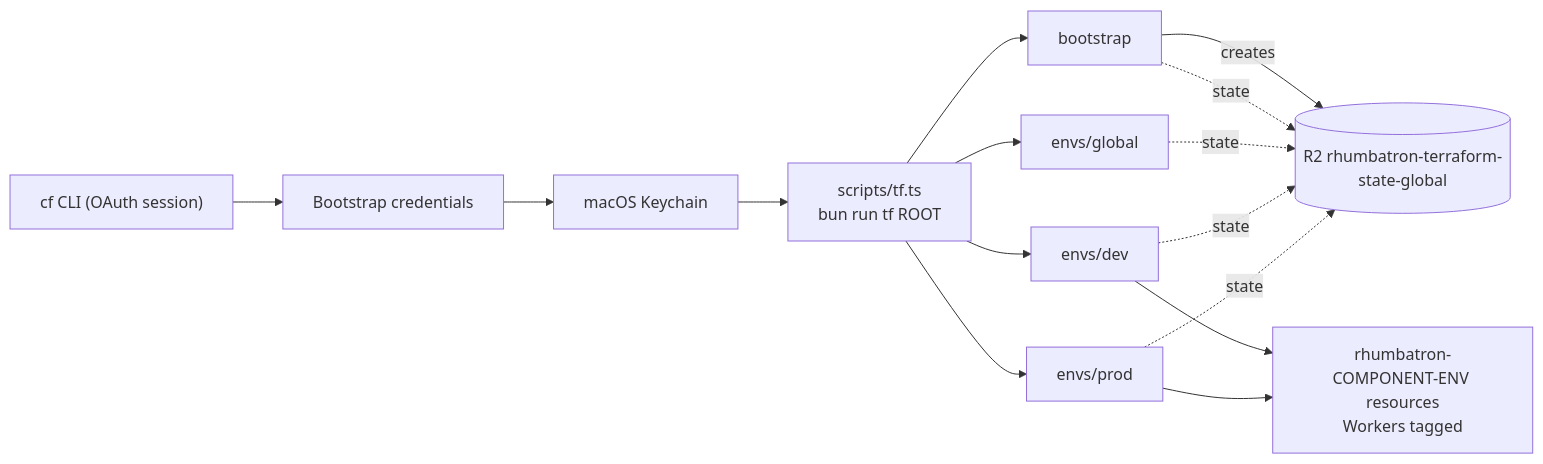
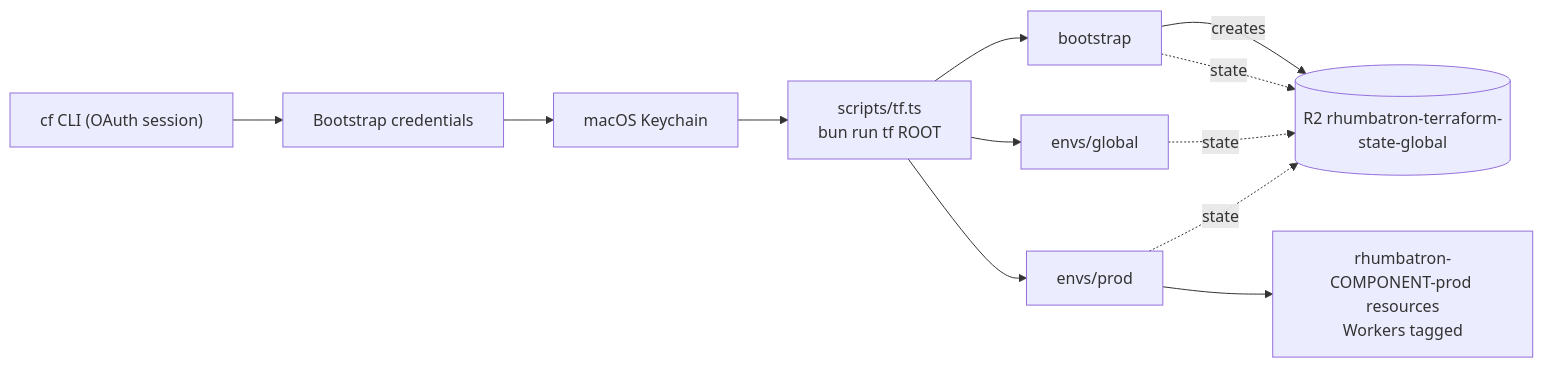
Before and after one commit to nsudhanva/rhumbatron: the diagram in docs/adr/0004-resource-organization-and-bootstrap-credentials.md, drawn with Mermaid. The commit also changed other lines of this file and 25 other files, not shown here.

````diff
--- a/docs/adr/0004-resource-organization-and-bootstrap-credentials.md
+++ b/docs/adr/0004-resource-organization-and-bootstrap-credentials.md
@@ -54,17 +51,14 @@
 ```mermaid
 flowchart LR
   cli["cf CLI (OAuth session)"] --> keys["Bootstrap credentials"]
   keys --> kc["macOS Keychain"]
   kc --> tf["scripts/tf.ts<br/>bun run tf ROOT"]
   tf --> boot["bootstrap"]
   tf --> glob["envs/global"]
-  tf --> dev["envs/dev"]
   tf --> prod["envs/prod"]
   boot -- creates --> bucket[("R2 rhumbatron-terraform-state-global")]
   boot -. state .-> bucket
   glob -. state .-> bucket
-  dev -. state .-> bucket
   prod -. state .-> bucket
-  dev --> res["rhumbatron-COMPONENT-ENV resources<br/>Workers tagged"]
-  prod --> res
+  prod --> res["rhumbatron-COMPONENT-prod resources<br/>Workers tagged"]
 ```
````
